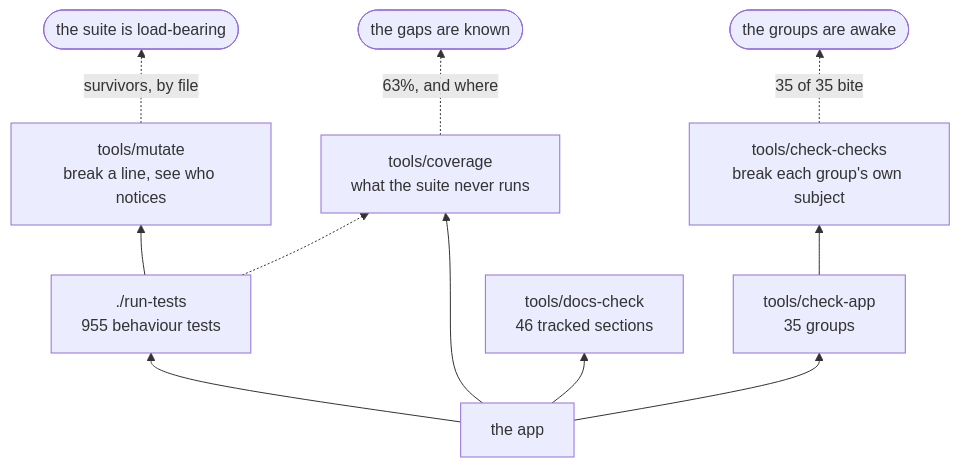
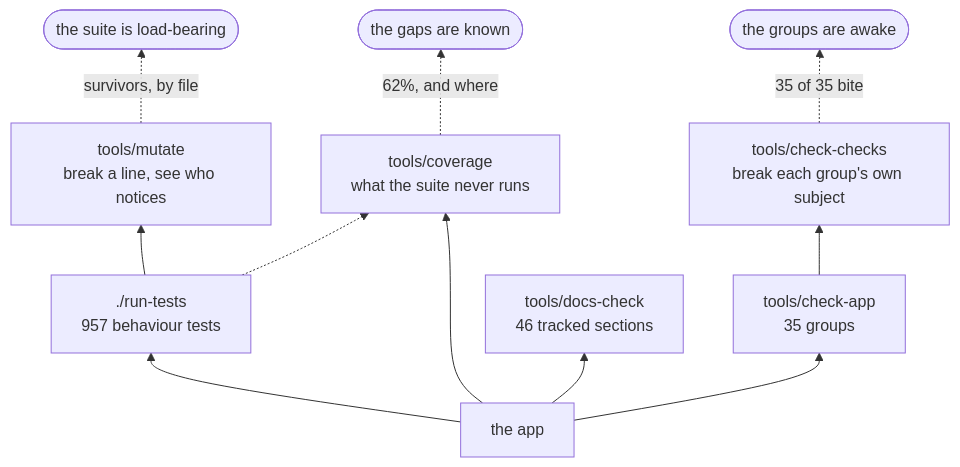
One commit to minormending/crystal-pilot-mobile changed the second of 3 diagrams in docs/DEVELOPING.md. Above: the diagram before and after it, drawn with Mermaid. The commit also changed other lines of this file and 3 other files, not shown here.

````diff
--- a/docs/DEVELOPING.md
+++ b/docs/DEVELOPING.md
@@ -128,13 +128,13 @@
 ```mermaid
 flowchart BT
-    C["the app"] --> T["./run-tests<br/>955 behaviour tests"]
+    C["the app"] --> T["./run-tests<br/>957 behaviour tests"]
     C --> A["tools/check-app<br/>35 groups"]
     C --> D["tools/docs-check<br/>46 tracked sections"]
     C --> V["tools/coverage<br/>what the suite never runs"]
     T --> M["tools/mutate<br/>break a line, see who notices"]
     A --> K["tools/check-checks<br/>break each group's own subject"]
     T -.-> V
     M -.->|"survivors, by file"| R(["the suite is load-bearing"])
     K -.->|"35 of 35 bite"| R2(["the groups are awake"])
-    V -.->|"63%, and where"| R3(["the gaps are known"])
+    V -.->|"62%, and where"| R3(["the gaps are known"])
 ```
````
